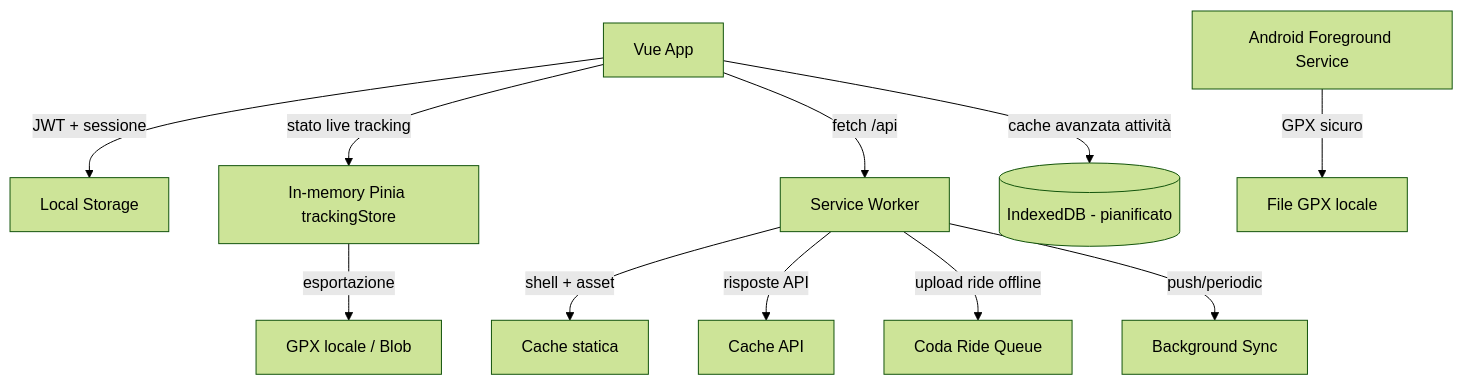
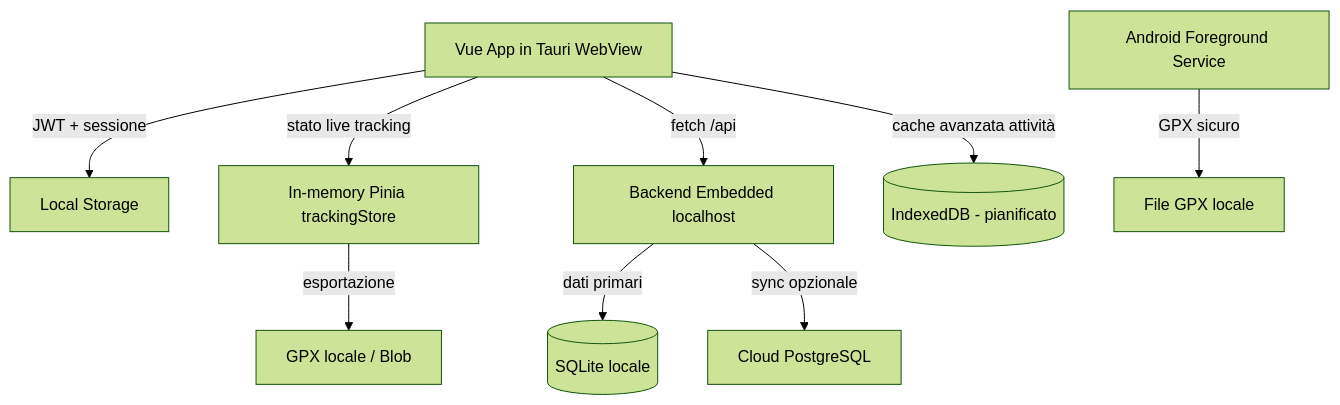
One commit to ballales1984-wq/bikemaster changed the diagram in docs/local-data-storage.md. Above: the diagram before and after it, drawn with Mermaid (forest theme). The commit also changed other lines of this file and 35 other files, not shown here.

````diff
--- a/docs/local-data-storage.md
+++ b/docs/local-data-storage.md
@@ -30,13 +35,11 @@
 ```mermaid
 graph TD
-    A[Vue App] -->|JWT + sessione| B[Local Storage]
+    A[Vue App in Tauri WebView] -->|JWT + sessione| B[Local Storage]
     A -->|stato live tracking| C[In-memory Pinia trackingStore]
     C -->|esportazione| D[GPX locale / Blob]
-    A -->|fetch /api| E[Service Worker]
-    E -->|shell + asset| F[Cache statica]
-    E -->|risposte API| G[Cache API]
-    E -->|upload ride offline| H[Coda Ride Queue]
-    E -->|push/periodic| I[Background Sync]
-    A -->|cache avanzata attività| J[(IndexedDB - pianificato)]
-    K[Android Foreground Service] -->|GPX sicuro| L[File GPX locale]
+    A -->|fetch /api| E[Backend Embedded localhost]
+    E -->|dati primari| F[(SQLite locale)]
+    E -->|sync opzionale| G[Cloud PostgreSQL]
+    A -->|cache avanzata attività| H[(IndexedDB - pianificato)]
+    I[Android Foreground Service] -->|GPX sicuro| J[File GPX locale]
 ```
````
